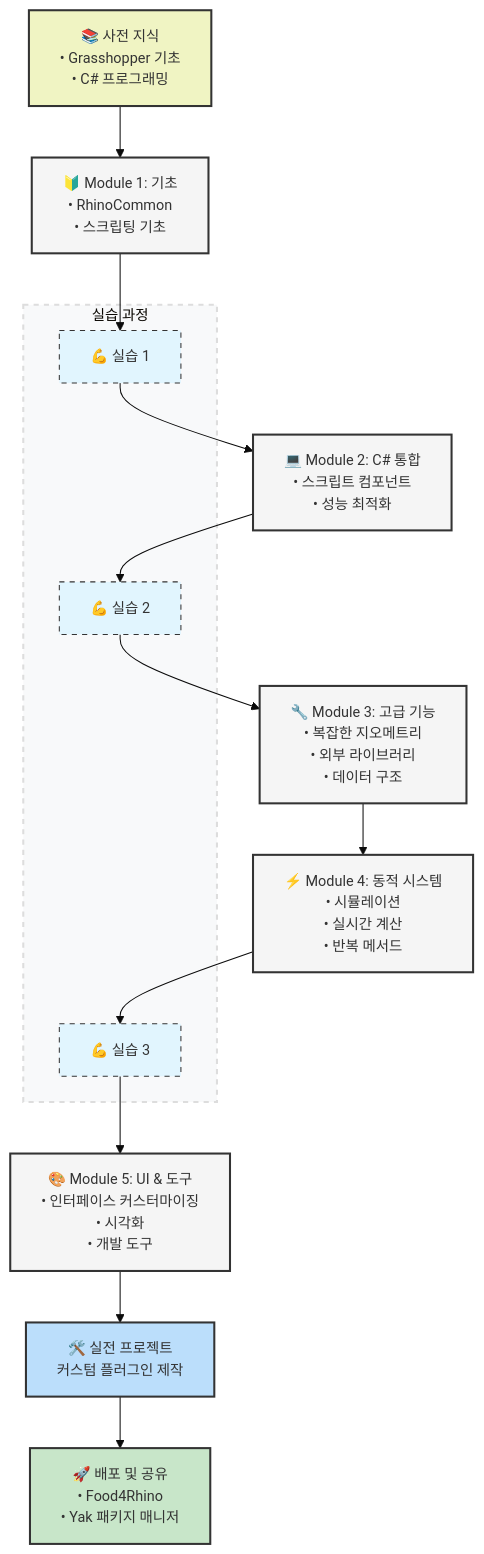
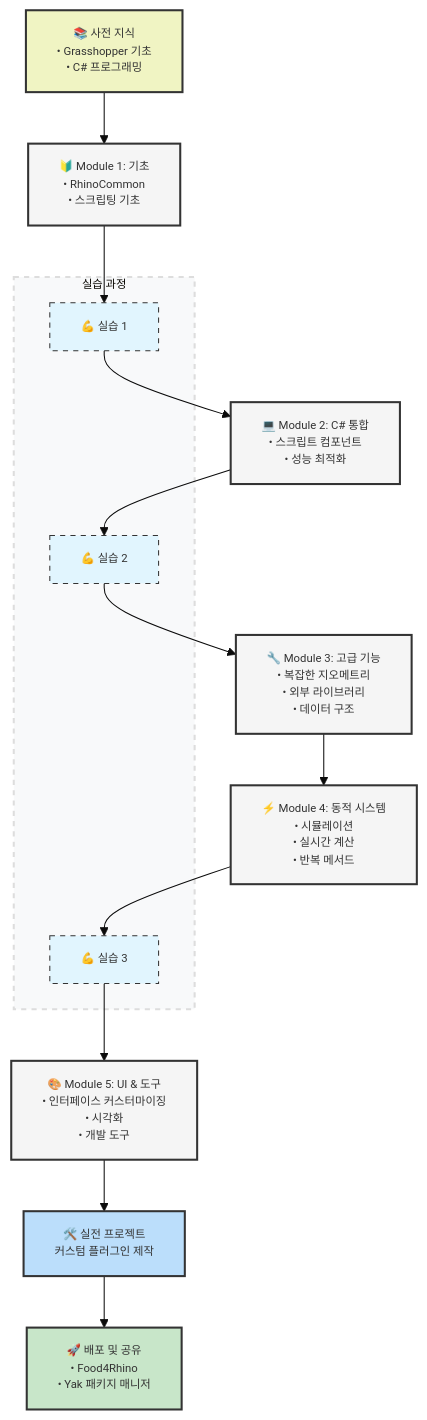
One commit to 1ncarnati0n/TechBlog changed the second of 2 diagrams in content/ADG/1.1 ADG.md. Above: the diagram before and after it, drawn with Mermaid. The commit also changed other lines of this file, not shown here.

Commit message:
Update content content/ADG/1.1 ADG.md

````diff
--- a/content/ADG/1.1 ADG.md
+++ b/content/ADG/1.1 ADG.md
@@ -89,66 +89,66 @@
 ```mermaid
-%%{init: {'theme': 'base', 'themeVariables': { 'fontSize': '14px', 'fontWeight': 'bold', 'nodeTextColor': '#333' }}}%%
+%%{init: {'theme': 'base', 'themeVariables': { 'fontSize': '11px', 'fontWeight': 'bold', 'nodeTextColor': '#333' }}}%%
 flowchart TB
    Start["📚 사전 지식
    • Grasshopper 기초
    • C# 프로그래밍"]
    
    M1["🔰 Module 1: 기초
    • RhinoCommon
    • 스크립팅 기초"]
    
    M2["💻 Module 2: C# 통합
    • 스크립트 컴포넌트
    • 성능 최적화"]
    
    M3["🔧 Module 3: 고급 기능
    • 복잡한 지오메트리
    • 외부 라이브러리
    • 데이터 구조"]
    
    M4["⚡ Module 4: 동적 시스템
    • 시뮬레이션
    • 실시간 계산
    • 반복 메서드"]
    
    M5["🎨 Module 5: UI & 도구
    • 인터페이스 커스터마이징
    • 시각화
    • 개발 도구"]
    
    Project["🛠️ 실전 프로젝트
    커스텀 플러그인 제작"]
    
    Deploy["🚀 배포 및 공유
    • Food4Rhino
    • Yak 패키지 매니저"]
 
    subgraph Exercises[실습 과정]
        E1[💪 실습 1]
        E2[💪 실습 2]
        E3[💪 실습 3]
    end
 
    Start --> M1
    M1 --> E1
    E1 --> M2
    M2 --> E2
    E2 --> M3
    M3 --> M4
    M4 --> E3
    E3 --> M5
    M5 --> Project
    Project --> Deploy
 
    style Start fill:#f0f4c3,stroke:#333,stroke-width:2px
    style Project fill:#bbdefb,stroke:#333,stroke-width:2px
    style Deploy fill:#c8e6c9,stroke:#333,stroke-width:2px
    
    class M1,M2,M3,M4,M5 module
    class E1,E2,E3 exercise
    
    classDef module fill:#f5f5f5,stroke:#333,stroke-width:2px
    classDef exercise fill:#e1f5fe,stroke:#333,stroke-dasharray: 5 5
 
    style Exercises fill:#f8f9fa,stroke:#ddd,stroke-width:2px,stroke-dasharray: 5 5
 ```
````
